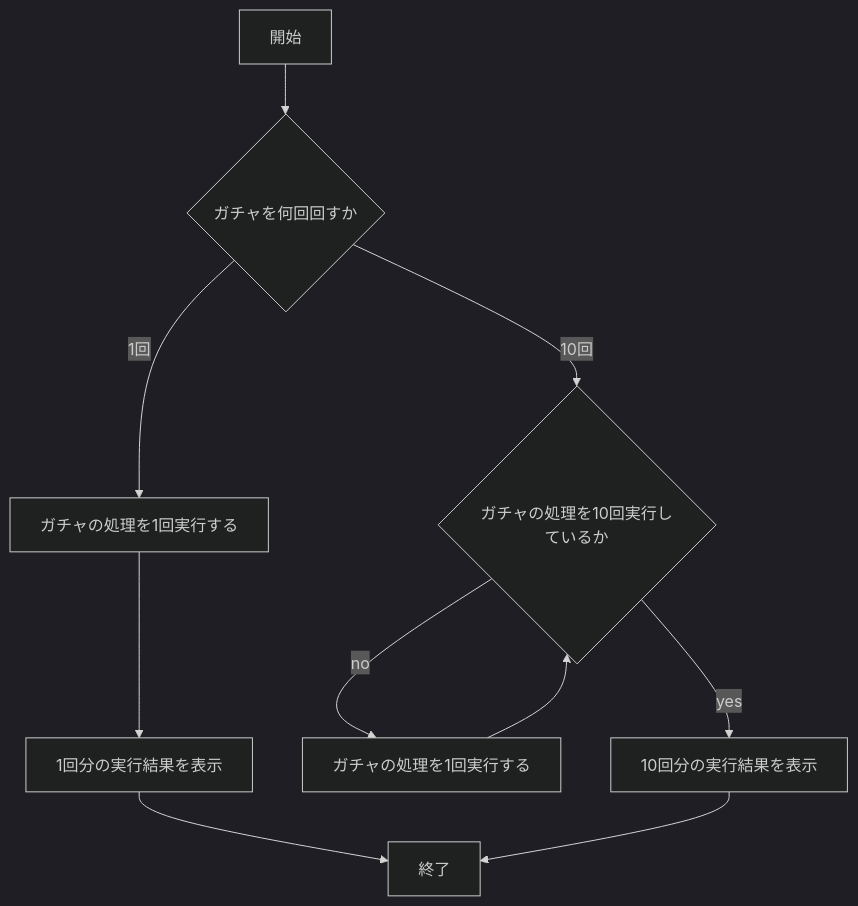
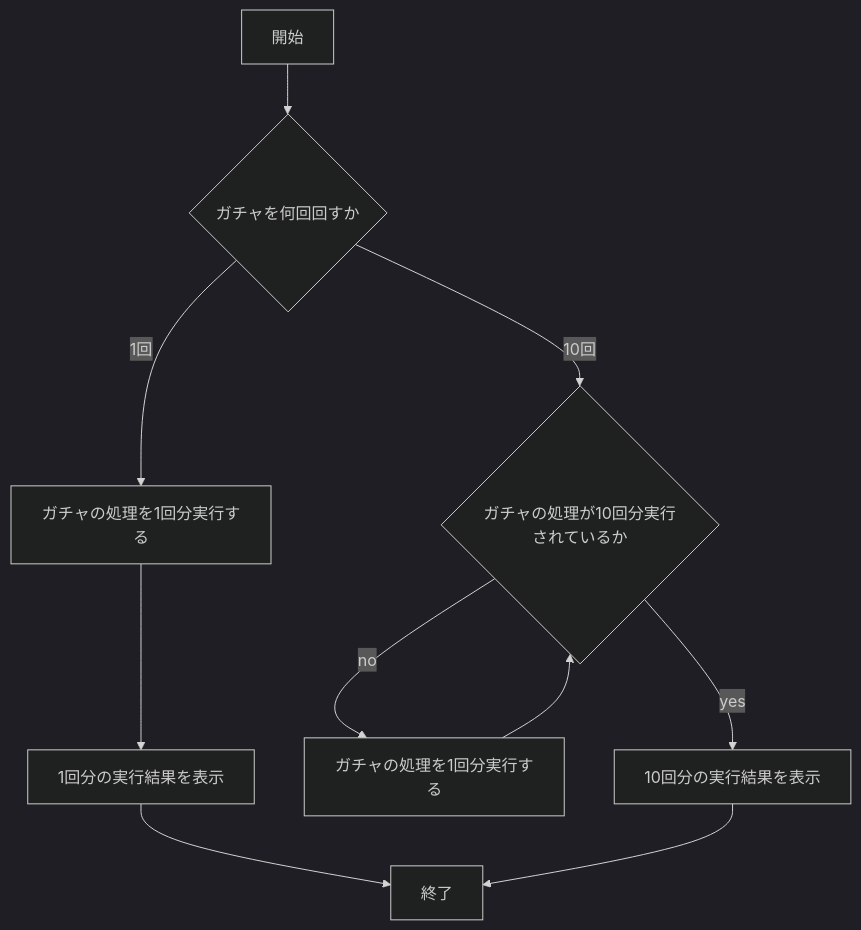
Before and after one commit to ubukata0914/webpro_06: the second of 3 diagrams in README.md, drawn with Mermaid (dark theme). The commit also changed other lines of this file, not shown here.

````diff
--- a/README.md
+++ b/README.md
@@ -66,21 +65,21 @@
 ```mermaid
 flowchart TD;
 start["開始"]
 end1["終了"]
 if{"ガチャを何回回すか"}
 one["1回分の実行結果を表示"]
-for{"ガチャの処理を10回実行しているか"}
-yes["ガチャの処理を1回実行する"]
-no["ガチャの処理を1回実行する"]
+for{"ガチャの処理が10回分実行されているか"}
+yes["ガチャの処理を1回分実行する"]
+no["ガチャの処理を1回分実行する"]
 ten["10回分の実行結果を表示"]
 
 start --> if
 if --> |1回| yes
 yes --> one
 one --> end1
 if --> |10回| for
 for --> |no| no
 no --> for
 for --> |yes| ten
 ten --> end1
 ```
````
